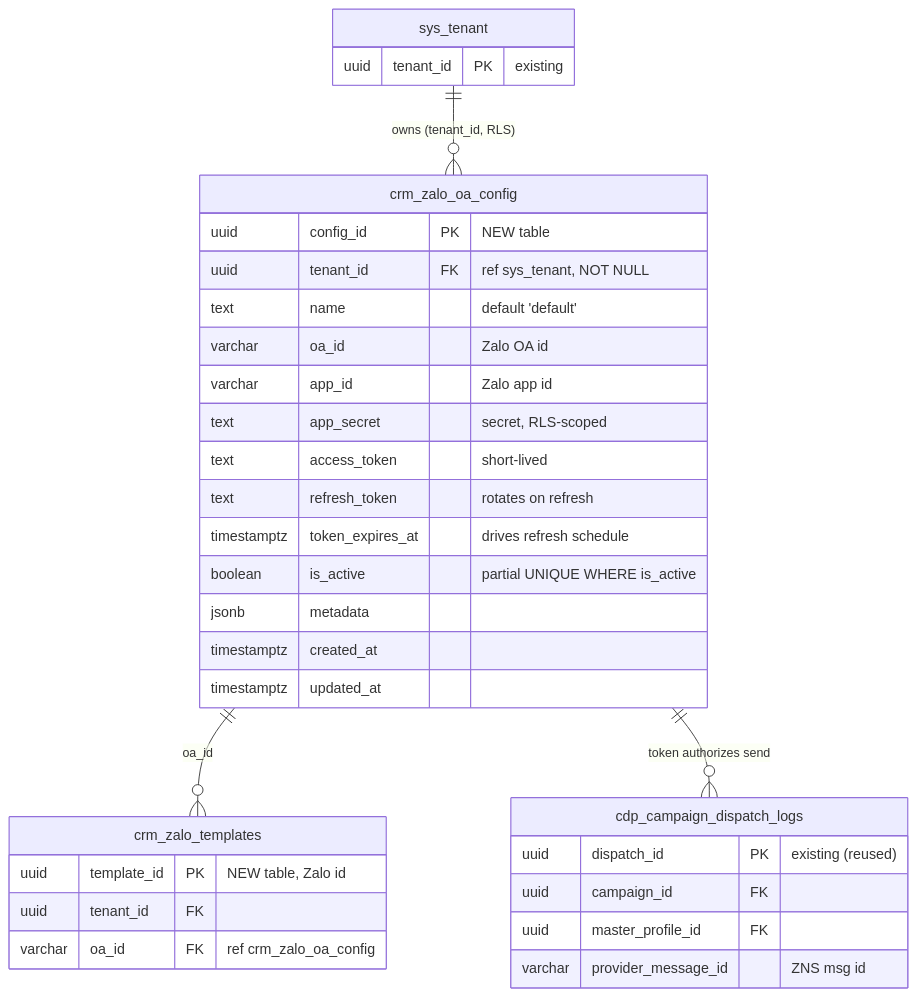
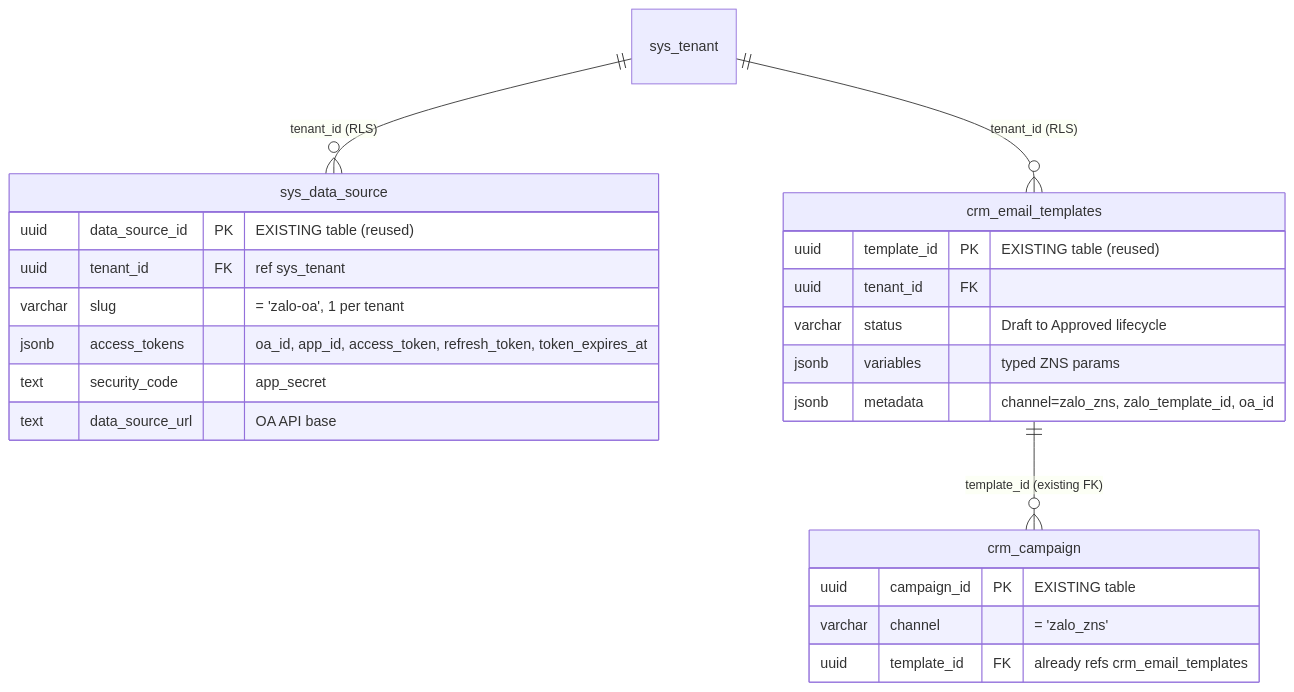
The second of 3 diagrams in docs/action-plans/PLAN-ZALO-ZNS-OPTIMIZED.md (LEO-CDP/leo-customer360), drawn with Mermaid before and after one commit. The commit also changed other lines of this file, not shown here.

First line of the commit message:
docs(zalo): re-baseline plan on zero-new-table (max reuse)

````diff
--- a/docs/action-plans/PLAN-ZALO-ZNS-OPTIMIZED.md
+++ b/docs/action-plans/PLAN-ZALO-ZNS-OPTIMIZED.md
@@ -104,36 +104,27 @@
 ```mermaid
 erDiagram
-    sys_tenant ||--o{ crm_zalo_oa_config : "owns (tenant_id, RLS)"
-    crm_zalo_oa_config ||--o{ crm_zalo_templates : "oa_id"
-    crm_zalo_oa_config ||--o{ cdp_campaign_dispatch_logs : "token authorizes send"
+    sys_tenant ||--o{ sys_data_source : "tenant_id (RLS)"
+    sys_tenant ||--o{ crm_email_templates : "tenant_id (RLS)"
+    crm_email_templates ||--o{ crm_campaign : "template_id (existing FK)"
 
-    sys_tenant {
-        uuid tenant_id PK "existing"
+    sys_data_source {
+        uuid data_source_id PK "EXISTING table (reused)"
+        uuid tenant_id FK "ref sys_tenant"
+        varchar slug "= 'zalo-oa', 1 per tenant"
+        jsonb access_tokens "oa_id, app_id, access_token, refresh_token, token_expires_at"
+        text security_code "app_secret"
+        text data_source_url "OA API base"
     }
-    crm_zalo_oa_config {
-        uuid config_id PK "NEW table"
-        uuid tenant_id FK "ref sys_tenant, NOT NULL"
-        text name "default 'default'"
-        varchar oa_id "Zalo OA id"
-        varchar app_id "Zalo app id"
-        text app_secret "secret, RLS-scoped"
-        text access_token "short-lived"
-        text refresh_token "rotates on refresh"
-        timestamptz token_expires_at "drives refresh schedule"
-        boolean is_active "partial UNIQUE WHERE is_active"
-        jsonb metadata
-        timestamptz created_at
-        timestamptz updated_at
+    crm_email_templates {
+        uuid template_id PK "EXISTING table (reused)"
+        uuid tenant_id FK
+        varchar status "Draft to Approved lifecycle"
+        jsonb variables "typed ZNS params"
+        jsonb metadata "channel=zalo_zns, zalo_template_id, oa_id"
     }
-    crm_zalo_templates {
-        uuid template_id PK "NEW table, Zalo id"
-        uuid tenant_id FK
-        varchar oa_id FK "ref crm_zalo_oa_config"
-    }
-    cdp_campaign_dispatch_logs {
-        uuid dispatch_id PK "existing (reused)"
-        uuid campaign_id FK
-        uuid master_profile_id FK
-        varchar provider_message_id "ZNS msg id"
+    crm_campaign {
+        uuid campaign_id PK "EXISTING table"
+        varchar channel "= 'zalo_zns'"
+        uuid template_id FK "already refs crm_email_templates"
     }
 ```
````
